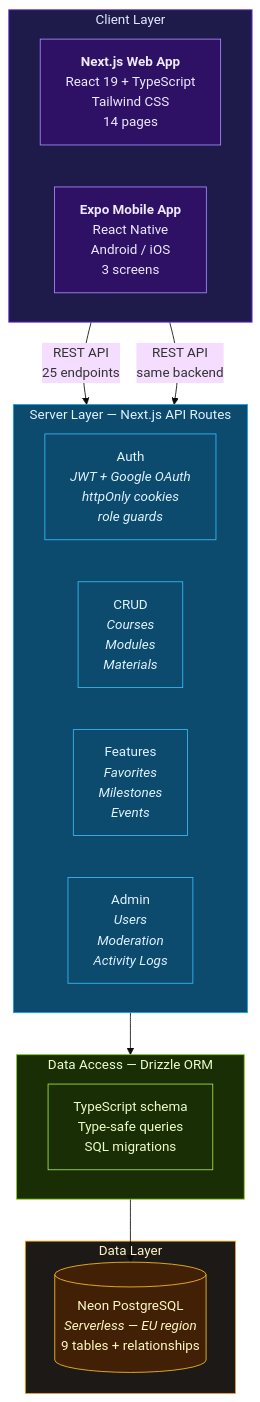
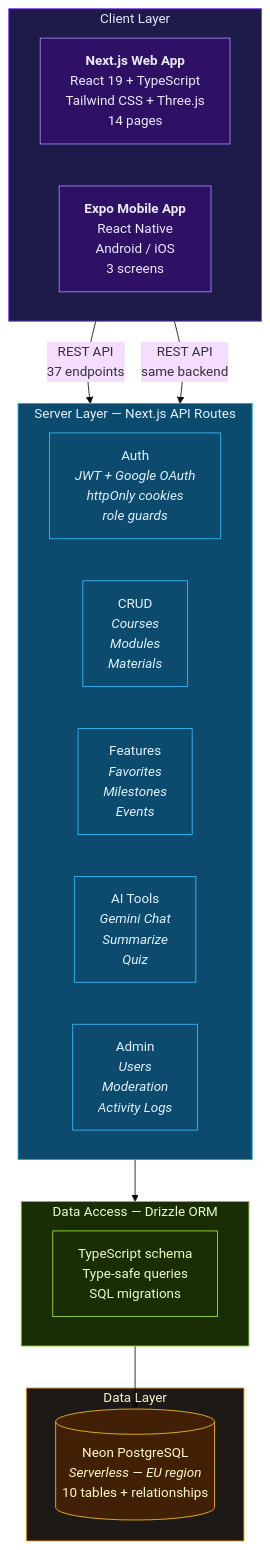
One commit to mariva565/mariva565-full-stack-ai-capstone changed the first of 4 diagrams in README.md. Above: the diagram before and after it, drawn with Mermaid (base theme). The commit also changed other lines of this file and 9 other files, not shown here.

````diff
--- a/README.md
+++ b/README.md
@@ -89,42 +90,44 @@
 ```mermaid
 graph TB
     subgraph CLIENT["Client Layer"]
         direction LR
-        WEB["<b>Next.js Web App</b><br/>React 19 + TypeScript<br/>Tailwind CSS<br/>14 pages"]
+        WEB["<b>Next.js Web App</b><br/>React 19 + TypeScript<br/>Tailwind CSS + Three.js<br/>14 pages"]
         MOBILE["<b>Expo Mobile App</b><br/>React Native<br/>Android / iOS<br/>3 screens"]
     end
 
     subgraph SERVER["Server Layer — Next.js API Routes"]
         direction LR
         AUTH["Auth<br/><i>JWT + Google OAuth</i><br/><i>httpOnly cookies</i><br/><i>role guards</i>"]
         CRUD["CRUD<br/><i>Courses</i><br/><i>Modules</i><br/><i>Materials</i>"]
         FEATURES["Features<br/><i>Favorites</i><br/><i>Milestones</i><br/><i>Events</i>"]
+        AI["AI Tools<br/><i>Gemini Chat</i><br/><i>Summarize</i><br/><i>Quiz</i>"]
         ADMIN["Admin<br/><i>Users</i><br/><i>Moderation</i><br/><i>Activity Logs</i>"]
     end
 
     subgraph ORM["Data Access — Drizzle ORM"]
         DRIZZLE["TypeScript schema<br/>Type-safe queries<br/>SQL migrations"]
     end
 
     subgraph DATA["Data Layer"]
-        DB[("Neon PostgreSQL<br/><i>Serverless — EU region</i><br/>9 tables + relationships")]
+        DB[("Neon PostgreSQL<br/><i>Serverless — EU region</i><br/>10 tables + relationships")]
     end
 
-    WEB -->|"REST API<br/>25 endpoints"| SERVER
+    WEB -->|"REST API<br/>37 endpoints"| SERVER
     MOBILE -->|"REST API<br/>same backend"| SERVER
     SERVER --> ORM
     ORM --> DB
 
     style CLIENT fill:#1e1b4b,stroke:#7c3aed,color:#e0e7ff
     style SERVER fill:#0c4a6e,stroke:#0ea5e9,color:#e0f2fe
     style ORM fill:#1a2e05,stroke:#84cc16,color:#ecfccb
     style DATA fill:#1c1917,stroke:#f59e0b,color:#fef3c7
     style WEB fill:#2e1065,stroke:#a78bfa,color:#ede9fe
     style MOBILE fill:#2e1065,stroke:#a78bfa,color:#ede9fe
     style AUTH fill:#0c4a6e,stroke:#38bdf8,color:#e0f2fe
     style CRUD fill:#0c4a6e,stroke:#38bdf8,color:#e0f2fe
     style FEATURES fill:#0c4a6e,stroke:#38bdf8,color:#e0f2fe
+    style AI fill:#0c4a6e,stroke:#38bdf8,color:#e0f2fe
     style ADMIN fill:#0c4a6e,stroke:#38bdf8,color:#e0f2fe
     style DRIZZLE fill:#1a2e05,stroke:#a3e635,color:#ecfccb
     style DB fill:#422006,stroke:#fbbf24,color:#fef9c3
 ```
````
